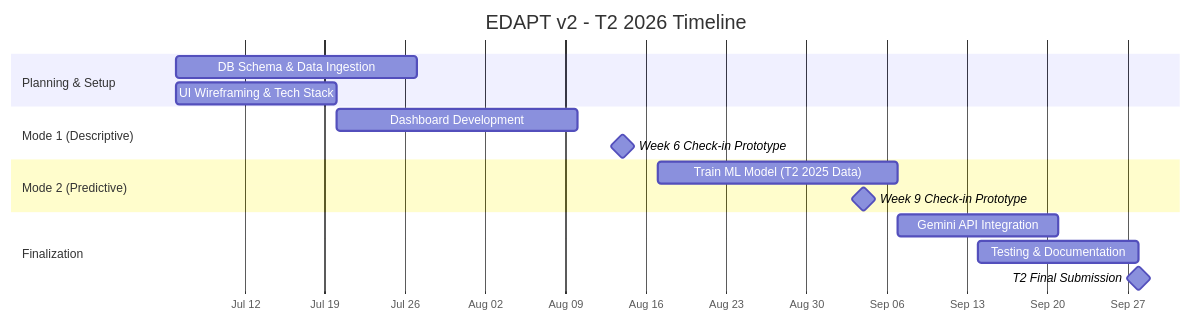
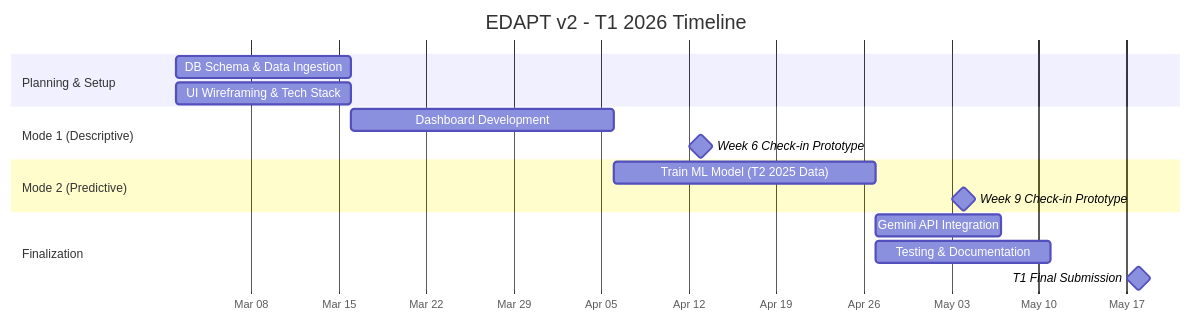
One commit to KOI-Capstone-Project/EDAPTv2 changed the first of 2 diagrams in README.md. Above: the diagram before and after it, drawn with Mermaid. The commit also changed other lines of this file, not shown here.

Commit message:
[GANTT]-Update the Timeline from T1 and T2

````diff
--- a/README.md
+++ b/README.md
@@ -6,24 +6,24 @@
 ```mermaid
 %%{init: {'gantt': {'leftPadding': 150}}}%%
 gantt
-    title EDAPT v2 - T2 2026 Timeline
+    title EDAPT v2 - T1 2026 Timeline
     dateFormat  YYYY-MM-DD
     axisFormat  %b %d
     
     section Planning & Setup
-    DB Schema & Data Ingestion    :a1, 2026-07-06, 21d
-    UI Wireframing & Tech Stack   :a2, 2026-07-06, 14d
+    DB Schema & Data Ingestion    :a1, 2026-03-02, 14d
+    UI Wireframing & Tech Stack   :a2, 2026-03-02, 14d
     
     section Mode 1 (Descriptive)
     Dashboard Development         :a3, after a2, 21d
-    Week 6 Check-in Prototype     :milestone, m1, 2026-08-14, 0d
+    Week 6 Check-in Prototype     :milestone, m1, 2026-04-13, 0d
     
     section Mode 2 (Predictive)
-    Train ML Model (T2 2025 Data) :a4, 2026-08-17, 21d
-    Week 9 Check-in Prototype     :milestone, m2, 2026-09-04, 0d
+    Train ML Model (T2 2025 Data) :a4, after a3, 21d
+    Week 9 Check-in Prototype     :milestone, m2, 2026-05-04, 0d
     
     section Finalization
-    Gemini API Integration        :a5, 2026-09-07, 14d
-    Testing & Documentation       :a6, 2026-09-14, 14d
-    T2 Final Submission           :milestone, m3, 2026-09-28, 0d
+    Gemini API Integration        :a5, after a4, 10d
+    Testing & Documentation       :a6, after a4, 14d
+    T1 Final Submission           :milestone, m3, 2026-05-18, 0d
 ```
````
